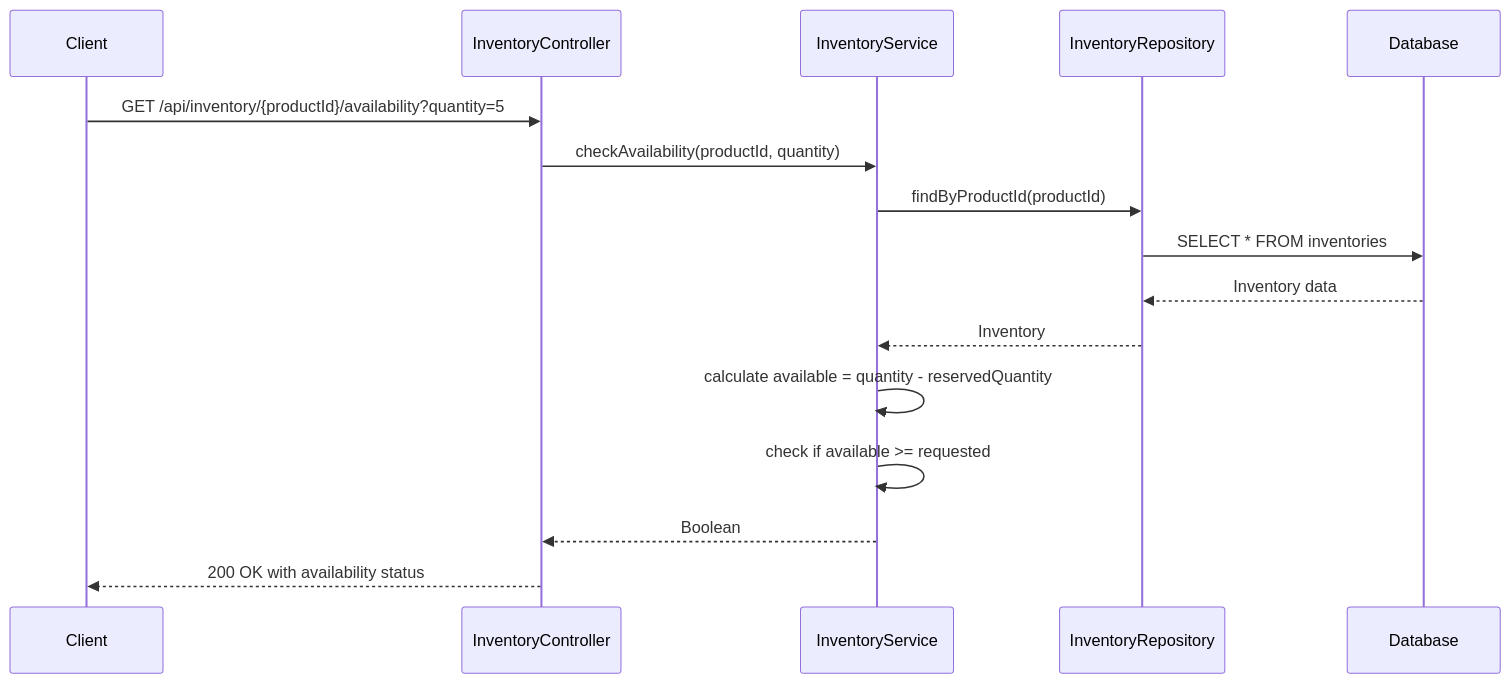
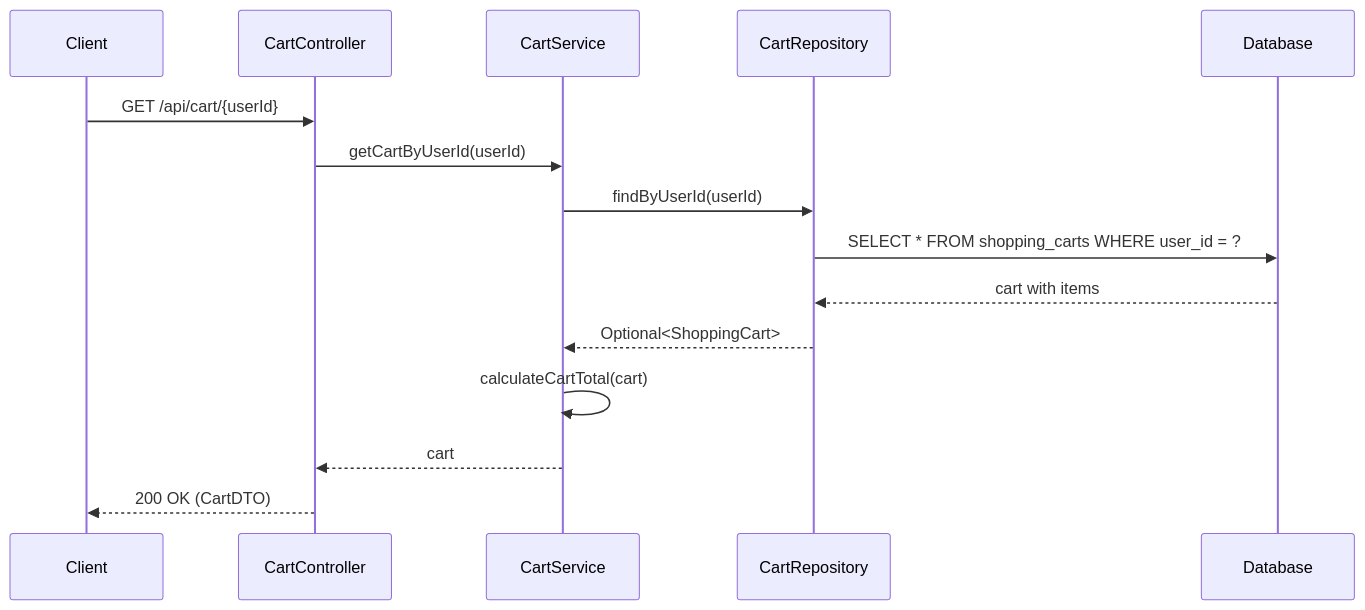
One commit to NavneetBN47/aava-ecom-demo changed the tenth of 13 diagrams in docs/LLD/modified_lld.md. Above: the diagram before and after it, drawn with Mermaid. The commit also changed other lines of this file, not shown here.

````diff
--- a/docs/LLD/modified_lld.md
+++ b/docs/LLD/modified_lld.md
@@ -468,19 +515,18 @@
 ```mermaid
 sequenceDiagram
     participant Client
-    participant InventoryController
-    participant InventoryService
-    participant InventoryRepository
+    participant CartController
+    participant CartService
+    participant CartRepository
     participant Database
 
-    Client->>InventoryController: GET /api/inventory/{productId}/availability?quantity=5
-    InventoryController->>InventoryService: checkAvailability(productId, quantity)
-    InventoryService->>InventoryRepository: findByProductId(productId)
-    InventoryRepository->>Database: SELECT * FROM inventories
-    Database-->>InventoryRepository: Inventory data
-    InventoryRepository-->>InventoryService: Inventory
-    InventoryService->>InventoryService: calculate available = quantity - reservedQuantity
-    InventoryService->>InventoryService: check if available >= requested
-    InventoryService-->>InventoryController: Boolean
-    InventoryController-->>Client: 200 OK with availability status
+    Client->>CartController: GET /api/cart/{userId}
+    CartController->>CartService: getCartByUserId(userId)
+    CartService->>CartRepository: findByUserId(userId)
+    CartRepository->>Database: SELECT * FROM shopping_carts WHERE user_id = ?
+    Database-->>CartRepository: cart with items
+    CartRepository-->>CartService: Optional<ShoppingCart>
+    CartService->>CartService: calculateCartTotal(cart)
+    CartService-->>CartController: cart
+    CartController-->>Client: 200 OK (CartDTO)
 ```
````
